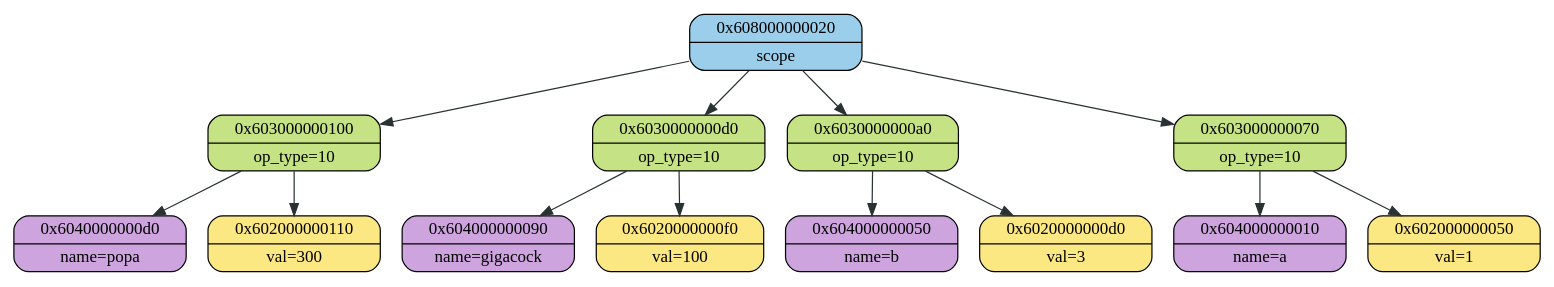
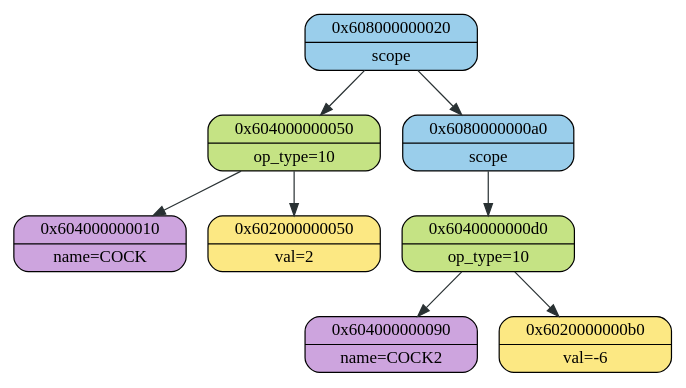
The diagram in ast/logs/log_graphviz.dot (2APetrin/ParaCL), drawn with Graphviz before and after one commit. The commit also changed 3 other files, not shown here.

Commit message:
graphviz

```diff
--- a/ast/logs/log_graphviz.dot
+++ b/ast/logs/log_graphviz.dot
@@ -1,28 +1,18 @@
 digraph
 {
     node_0x608000000020[shape = Mrecord, label = "{{0x608000000020} | {scope}}", style = "filled", fillcolor = "#9ACEEB"];
-    node_0x603000000100[shape = Mrecord, label = "{{0x603000000100} | {op_type=10}}", style = "filled", fillcolor = "#C5E384"];
-    node_0x6040000000d0[shape = Mrecord, label = "{{0x6040000000d0} | {name=popa}}", style = "filled", fillcolor = "#CDA4DE"];
-    node_0x602000000110[shape = Mrecord, label = "{{0x602000000110} | {val=300}}", style = "filled", fillcolor = "#FCE883"];
-    node_0x603000000100->node_0x6040000000d0 [color = "#293133"];
-    node_0x603000000100->node_0x602000000110 [color = "#293133"];
-    node_0x608000000020->node_0x603000000100 [color = "#293133"];
-    node_0x6030000000d0[shape = Mrecord, label = "{{0x6030000000d0} | {op_type=10}}", style = "filled", fillcolor = "#C5E384"];
-    node_0x604000000090[shape = Mrecord, label = "{{0x604000000090} | {name=gigacock}}", style = "filled", fillcolor = "#CDA4DE"];
-    node_0x6020000000f0[shape = Mrecord, label = "{{0x6020000000f0} | {val=100}}", style = "filled", fillcolor = "#FCE883"];
-    node_0x6030000000d0->node_0x604000000090 [color = "#293133"];
-    node_0x6030000000d0->node_0x6020000000f0 [color = "#293133"];
-    node_0x608000000020->node_0x6030000000d0 [color = "#293133"];
-    node_0x6030000000a0[shape = Mrecord, label = "{{0x6030000000a0} | {op_type=10}}", style = "filled", fillcolor = "#C5E384"];
-    node_0x604000000050[shape = Mrecord, label = "{{0x604000000050} | {name=b}}", style = "filled", fillcolor = "#CDA4DE"];
-    node_0x6020000000d0[shape = Mrecord, label = "{{0x6020000000d0} | {val=3}}", style = "filled", fillcolor = "#FCE883"];
-    node_0x6030000000a0->node_0x604000000050 [color = "#293133"];
-    node_0x6030000000a0->node_0x6020000000d0 [color = "#293133"];
-    node_0x608000000020->node_0x6030000000a0 [color = "#293133"];
-    node_0x603000000070[shape = Mrecord, label = "{{0x603000000070} | {op_type=10}}", style = "filled", fillcolor = "#C5E384"];
-    node_0x604000000010[shape = Mrecord, label = "{{0x604000000010} | {name=a}}", style = "filled", fillcolor = "#CDA4DE"];
-    node_0x602000000050[shape = Mrecord, label = "{{0x602000000050} | {val=1}}", style = "filled", fillcolor = "#FCE883"];
-    node_0x603000000070->node_0x604000000010 [color = "#293133"];
-    node_0x603000000070->node_0x602000000050 [color = "#293133"];
-    node_0x608000000020->node_0x603000000070 [color = "#293133"];
+    node_0x604000000050[shape = Mrecord, label = "{{0x604000000050} | {op_type=10}}", style = "filled", fillcolor = "#C5E384"];
+    node_0x604000000010[shape = Mrecord, label = "{{0x604000000010} | {name=COCK}}", style = "filled", fillcolor = "#CDA4DE"];
+    node_0x602000000050[shape = Mrecord, label = "{{0x602000000050} | {val=2}}", style = "filled", fillcolor = "#FCE883"];
+    node_0x604000000050->node_0x604000000010 [color = "#293133"];
+    node_0x604000000050->node_0x602000000050 [color = "#293133"];
+    node_0x608000000020->node_0x604000000050 [color = "#293133"];
+    node_0x6080000000a0[shape = Mrecord, label = "{{0x6080000000a0} | {scope}}", style = "filled", fillcolor = "#9ACEEB"];
+    node_0x6040000000d0[shape = Mrecord, label = "{{0x6040000000d0} | {op_type=10}}", style = "filled", fillcolor = "#C5E384"];
+    node_0x604000000090[shape = Mrecord, label = "{{0x604000000090} | {name=COCK2}}", style = "filled", fillcolor = "#CDA4DE"];
+    node_0x6020000000b0[shape = Mrecord, label = "{{0x6020000000b0} | {val=-6}}", style = "filled", fillcolor = "#FCE883"];
+    node_0x6040000000d0->node_0x604000000090 [color = "#293133"];
+    node_0x6040000000d0->node_0x6020000000b0 [color = "#293133"];
+    node_0x6080000000a0->node_0x6040000000d0 [color = "#293133"];
+    node_0x608000000020->node_0x6080000000a0 [color = "#293133"];
 }
```
